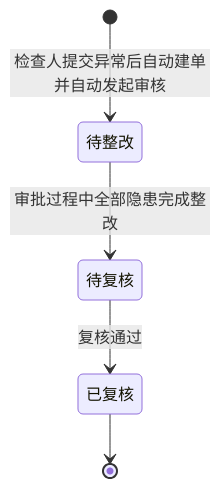
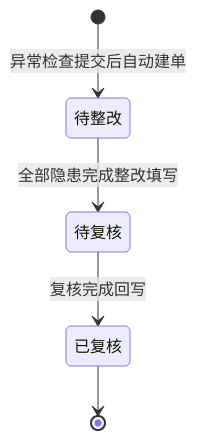
Before and after one commit to liaoliao66/SES: the seventh of 10 diagrams in docs/versions/v1.0.0/prd.md, drawn with Mermaid. The commit also changed other lines of this file, not shown here.

````diff
--- a/docs/versions/v1.0.0/prd.md
+++ b/docs/versions/v1.0.0/prd.md
@@ -174,7 +304,7 @@
 ```mermaid
 stateDiagram-v2
-  [*] --> 待整改 : 检查人提交异常后自动建单并自动发起审核
-  待整改 --> 待复核 : 审批过程中全部隐患完成整改
-  待复核 --> 已复核 : 复核通过
+  [*] --> 待整改 : 异常检查提交后自动建单
+  待整改 --> 待复核 : 全部隐患完成整改填写
+  待复核 --> 已复核 : 复核完成回写
   已复核 --> [*]
 ```
````
